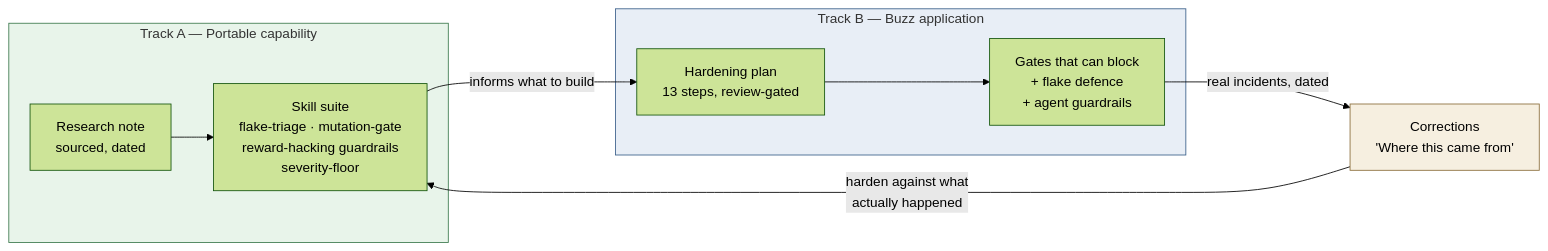
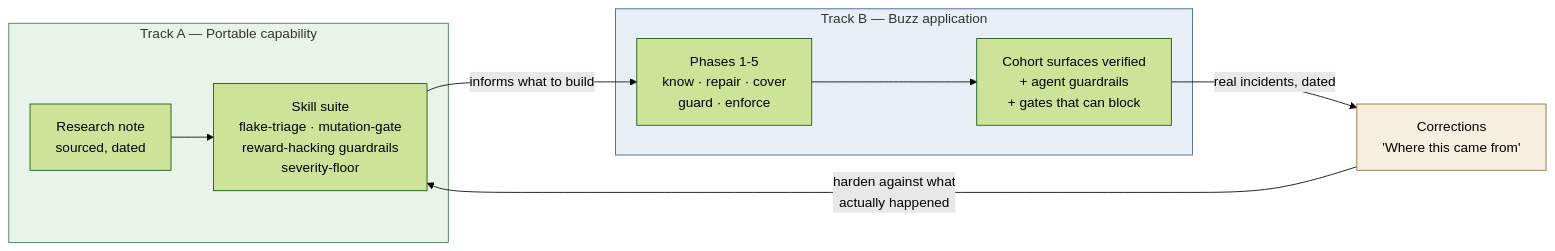
One commit to serina-mcfall/buzz-verification-lab changed the first of 5 diagrams in launchpad/plans/2026-09-03-verification-programme.md. Above: the diagram before and after it, drawn with Mermaid (forest theme). The commit also changed other lines of this file and 1 other file, not shown here.

First line of the commit message:
docs(verification): rework phases against the Codex review

````diff
--- a/launchpad/plans/2026-09-03-verification-programme.md
+++ b/launchpad/plans/2026-09-03-verification-programme.md
@@ -66,22 +72,22 @@
 ```mermaid
 flowchart LR
     subgraph CAP["Track A — Portable capability"]
         R["Research note<br/>sourced, dated"]
         S["Skill suite<br/>flake-triage · mutation-gate<br/>reward-hacking guardrails<br/>severity-floor"]
         R --> S
     end
 
     subgraph APP["Track B — Buzz application"]
-        P["Hardening plan<br/>13 steps, review-gated"]
-        B["Gates that can block<br/>+ flake defence<br/>+ agent guardrails"]
+        P["Phases 1-5<br/>know · repair · cover<br/>guard · enforce"]
+        B["Cohort surfaces verified<br/>+ agent guardrails<br/>+ gates that can block"]
         P --> B
     end
 
     S -->|"informs what to build"| P
     B -->|"real incidents, dated"| C["Corrections<br/>'Where this came from'"]
     C -->|"harden against what<br/>actually happened"| S
 
     style CAP fill:#e8f4ea,stroke:#3d7a4e
     style APP fill:#e8eef6,stroke:#3a5f8a
     style C fill:#f6efe0,stroke:#8a6d3a
 ```
````
